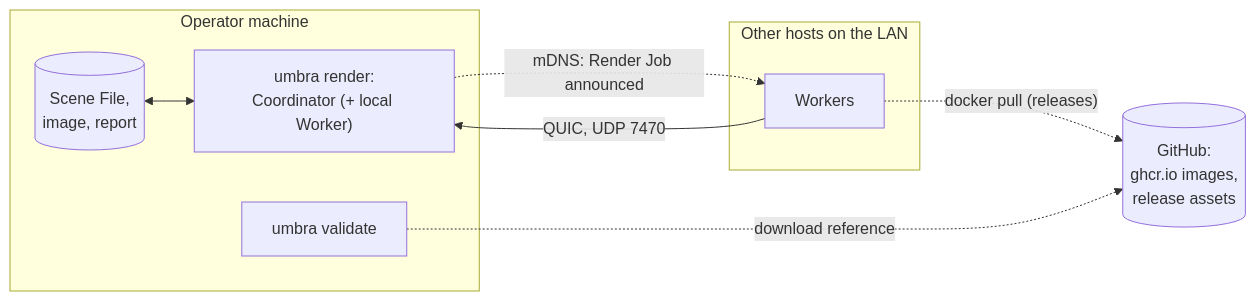
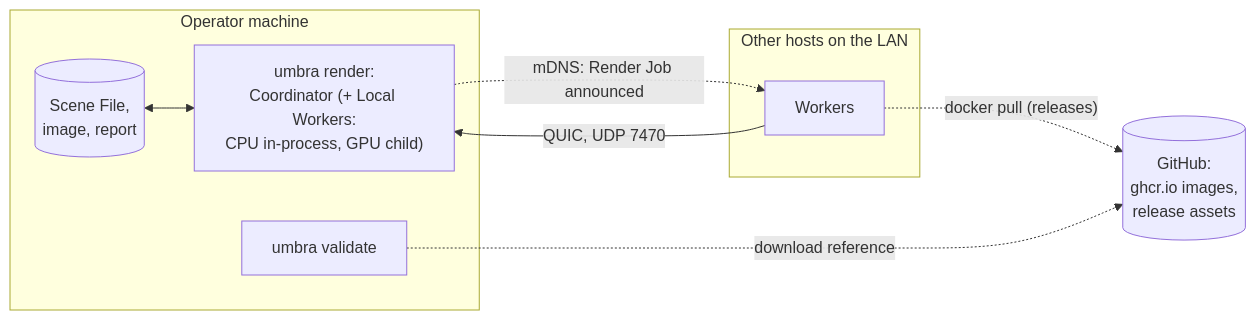
One commit to sergioffpc/umbra changed the second of 2 diagrams in docs/architecture/03-context-and-scope.md. Above: the diagram before and after it, drawn with Mermaid. The commit also changed other lines of this file and 24 other files, not shown here.

````diff
--- a/docs/architecture/03-context-and-scope.md
+++ b/docs/architecture/03-context-and-scope.md
@@ -35,17 +35,17 @@
 ```mermaid
 flowchart LR
     subgraph opm["Operator machine"]
         fs[("Scene File,<br/>image, report")]
-        coord["umbra render:<br/>Coordinator (+ local Worker)"]
+        coord["umbra render:<br/>Coordinator (+ Local Workers:<br/>CPU in-process, GPU child)"]
         val["umbra validate"]
     end
     subgraph hosts["Other hosts on the LAN"]
         w["Workers"]
     end
     gh[("GitHub:<br/>ghcr.io images,<br/>release assets")]
     fs <--> coord
     coord -. "mDNS: Render Job announced" .-> w
     w -- "QUIC, UDP 7470" --> coord
     w -. "docker pull (releases)" .-> gh
     val -. "download reference" .-> gh
 ```
````
